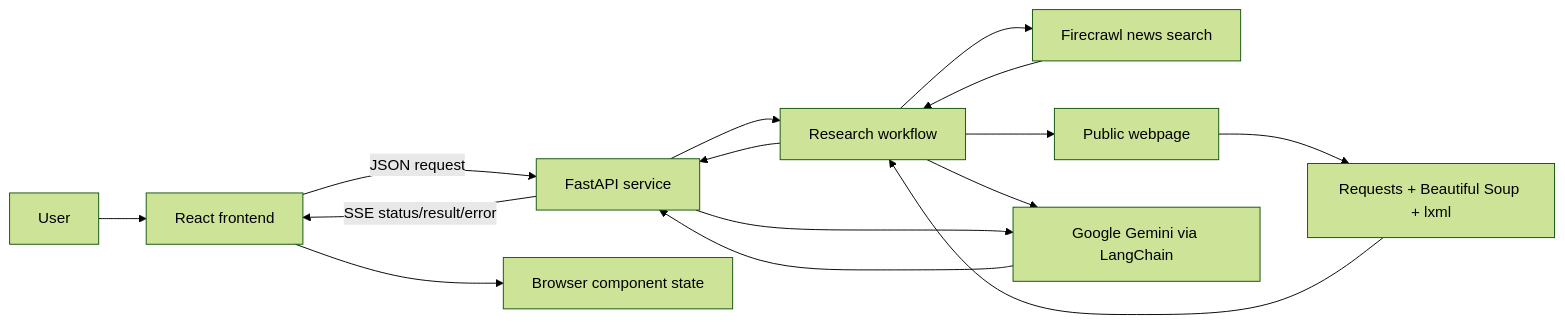
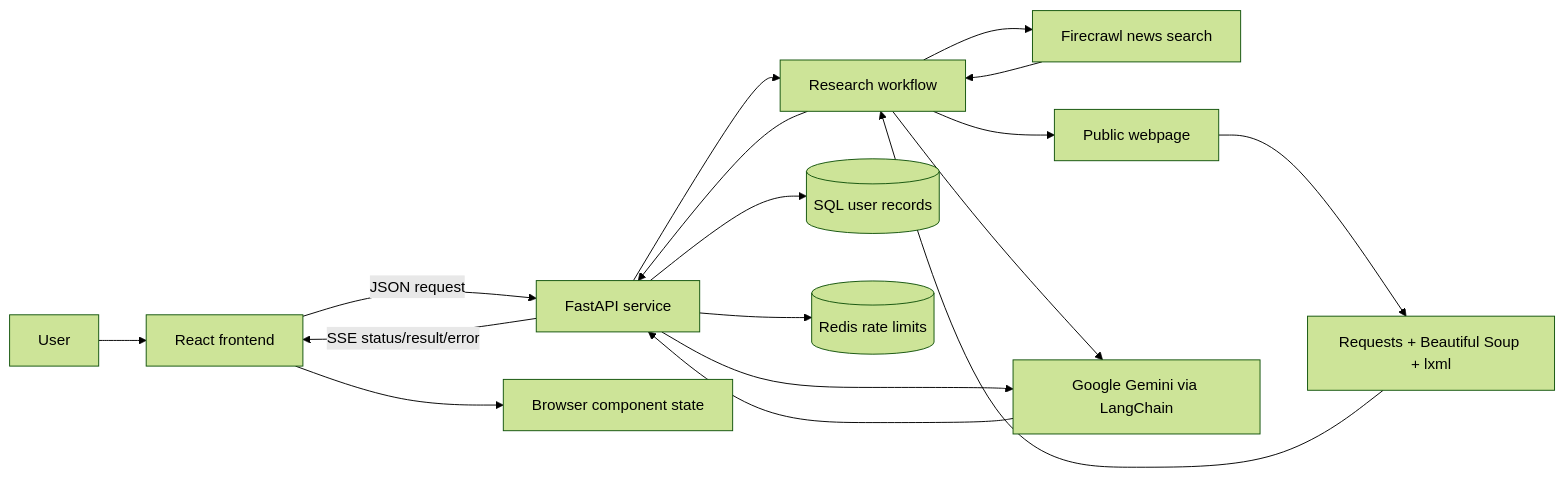
The first of 3 diagrams in PROJECT_REPORT.md (Ultriti-Tech/ResearchBand-Research-Report-Agent), drawn with Mermaid (forest theme) before and after one commit. The commit also changed other lines of this file and 12 other files, not shown here.

````diff
--- a/PROJECT_REPORT.md
+++ b/PROJECT_REPORT.md
@@ -345,17 +352,19 @@
 ```mermaid
 flowchart LR
     U[User] --> FE[React frontend]
     FE -->|JSON request| API[FastAPI service]
     API -->|SSE status/result/error| FE
     API --> PIPE[Research workflow]
     PIPE --> FC[Firecrawl news search]
     PIPE --> WEB[Public webpage]
     WEB --> EXTRACT[Requests + Beautiful Soup + lxml]
     PIPE --> GEM[Google Gemini via LangChain]
     API --> GEM
+    API --> USERS[(SQL user records)]
+    API --> RL[(Redis rate limits)]
     FE --> STATE[Browser component state]
     GEM --> API
     FC --> PIPE
     EXTRACT --> PIPE
     PIPE --> API
 ```
````
